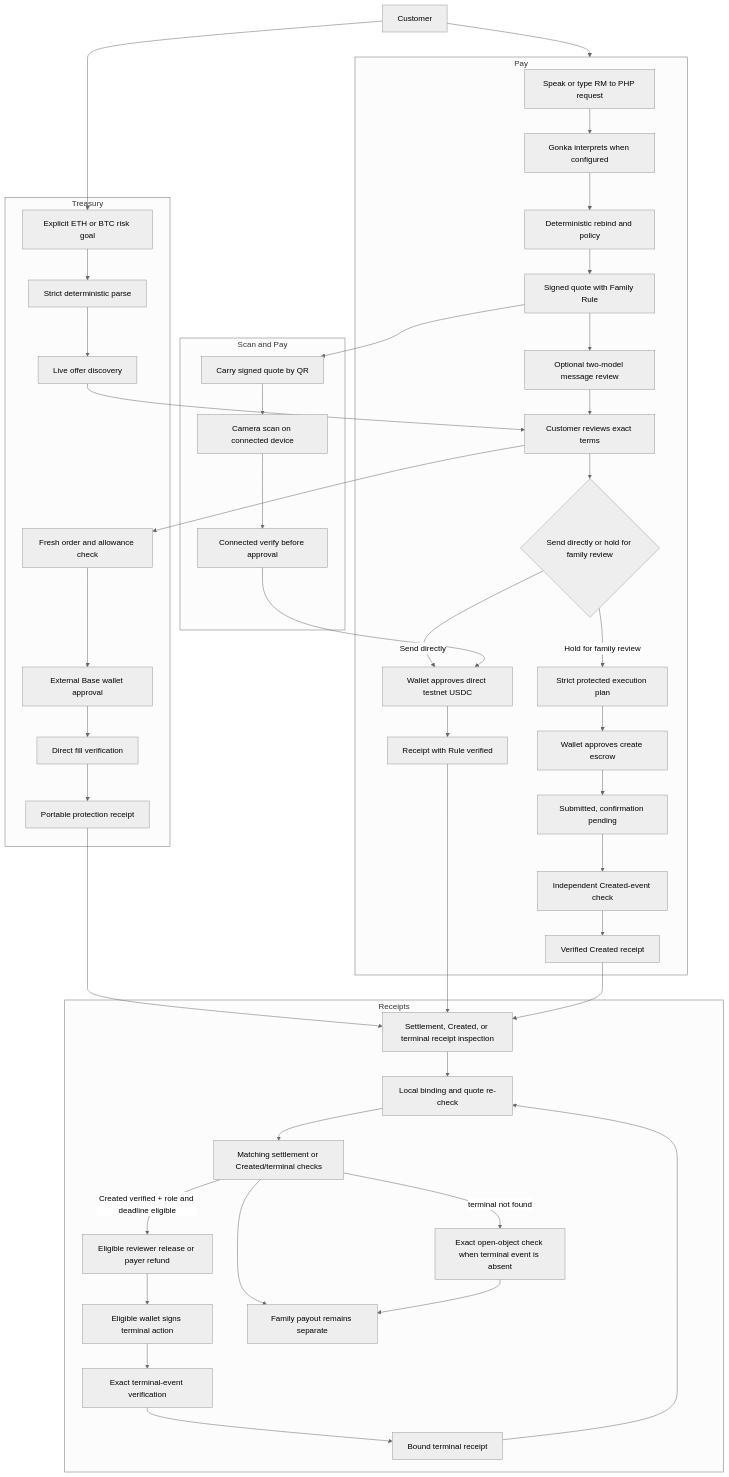
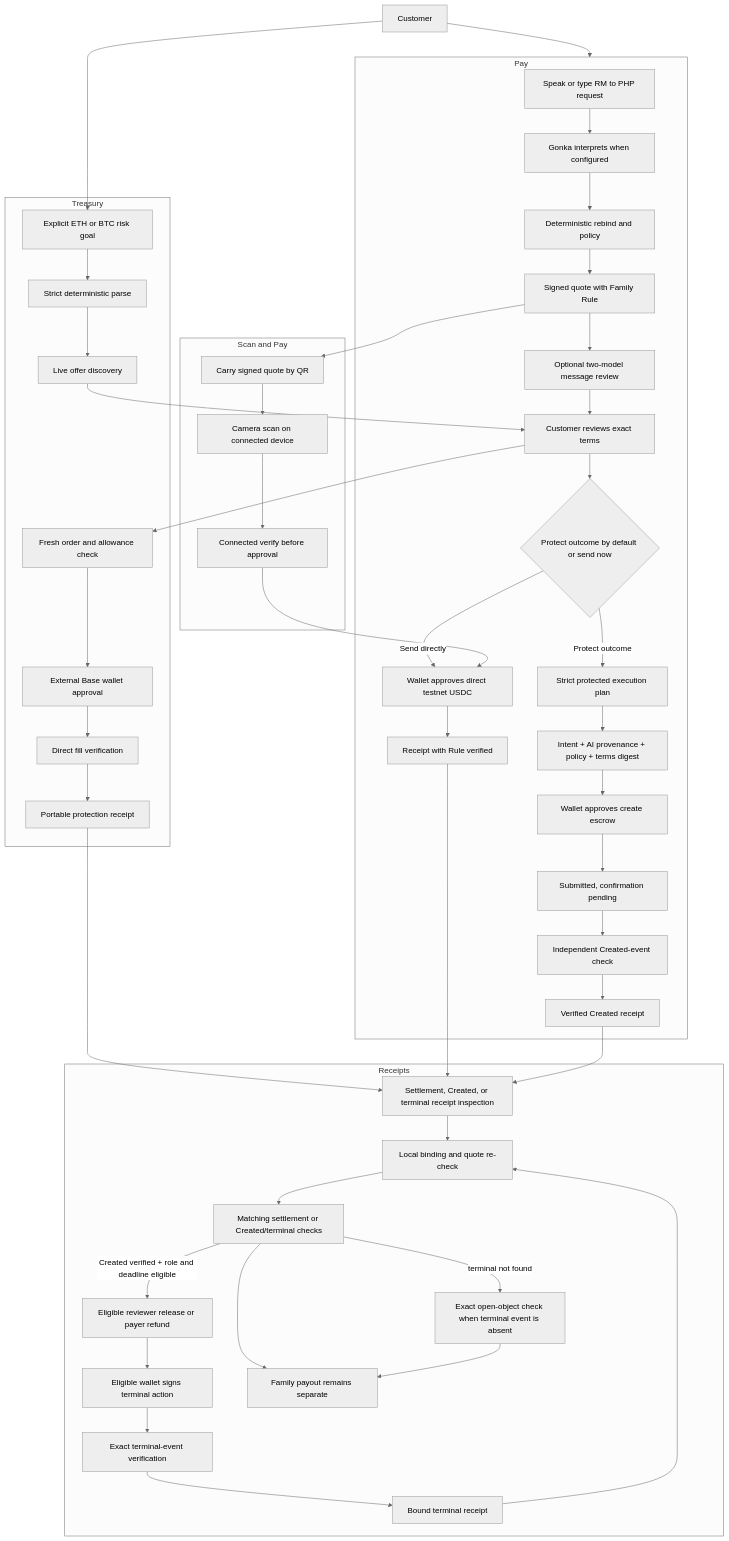
Before and after one commit to MUBA-Hack/convey-sui: the second of 6 diagrams in README.md, drawn with Mermaid (neutral theme). The commit also changed other lines of this file and 37 other files, not shown here.

````diff
--- a/README.md
+++ b/README.md
@@ -901,67 +955,68 @@
 ```mermaid
 flowchart TB
   Customer["Customer"]
 
   subgraph Pay["Pay"]
     Request["Speak or type RM to PHP request"]
     Interpret["Gonka interprets when configured"]
     Rebind["Deterministic rebind and policy"]
     Quote["Signed quote with Family Rule"]
     Steward["Optional two-model message review"]
     Review["Customer reviews quote"]
-    Choice{"Send directly or hold for family review"}
+    Choice{"Protect outcome by default or send now"}
     DirectWallet["Wallet approves direct testnet USDC"]
     HoldPlan["Strict protected execution plan"]
+    Commitment["Intent + AI provenance + policy + terms digest"]
     HoldWallet["Wallet approves create escrow"]
     Receipt["Receipt with Rule verified"]
     HoldPending["Submitted, confirmation pending"]
     CreatedCheck["Independent Created-event check"]
     HoldReceipt["Verified Created receipt"]
     Request --> Interpret --> Rebind --> Quote --> Steward --> Review --> Choice
     Choice -->|Send directly| DirectWallet --> Receipt
-    Choice -->|Hold for family review| HoldPlan --> HoldWallet --> HoldPending --> CreatedCheck --> HoldReceipt
+    Choice -->|Protect outcome| HoldPlan --> Commitment --> HoldWallet --> HoldPending --> CreatedCheck --> HoldReceipt
   end
 
   subgraph Carry["Scan and Pay"]
     Qr["Carry signed quote by QR"]
     Scan["Camera scan on connected device"]
     QuoteCheck["Connected verify before approval"]
     Qr --> Scan --> QuoteCheck
   end
 
   subgraph Protect["Treasury"]
     Goal["Explicit ETH or BTC risk goal"]
     Parse["Strict deterministic parse"]
     Discover["Live offer discovery"]
     Review["Customer reviews exact terms"]
     Plan["Fresh order and allowance check"]
     BaseWallet["External Base wallet approval"]
     FillCheck["Direct fill verification"]
     ProofO["Portable protection receipt"]
     Goal --> Parse --> Discover --> Review --> Plan --> BaseWallet --> FillCheck --> ProofO
   end
 
   subgraph ReceiptsArea["Receipts"]
     ReceiptReview["Settlement, Created, or terminal receipt inspection"]
     ReceiptEvidence["Local binding and quote re-check"]
     SuiCheck["Matching settlement or Created/terminal checks"]
     OpenCheck["Exact open-object check when terminal event is absent"]
     TerminalAction["Eligible reviewer release or payer refund"]
     TerminalWallet["Eligible wallet signs terminal action"]
     TerminalOutcome["Exact terminal-event verification"]
     TerminalResult["Bound terminal receipt"]
     PayoutState["Family payout remains separate"]
     ReceiptReview --> ReceiptEvidence --> SuiCheck --> PayoutState
     SuiCheck -->|terminal not found| OpenCheck --> PayoutState
     SuiCheck -->|Created verified + role and deadline eligible| TerminalAction --> TerminalWallet --> TerminalOutcome --> TerminalResult
     TerminalResult --> ReceiptEvidence
   end
 
   Customer --> Pay
   Quote --> Qr
   QuoteCheck --> DirectWallet
   Customer --> Goal
   ProofO --> ReceiptReview
   Receipt --> ReceiptReview
   HoldReceipt --> ReceiptReview
 ```
````
